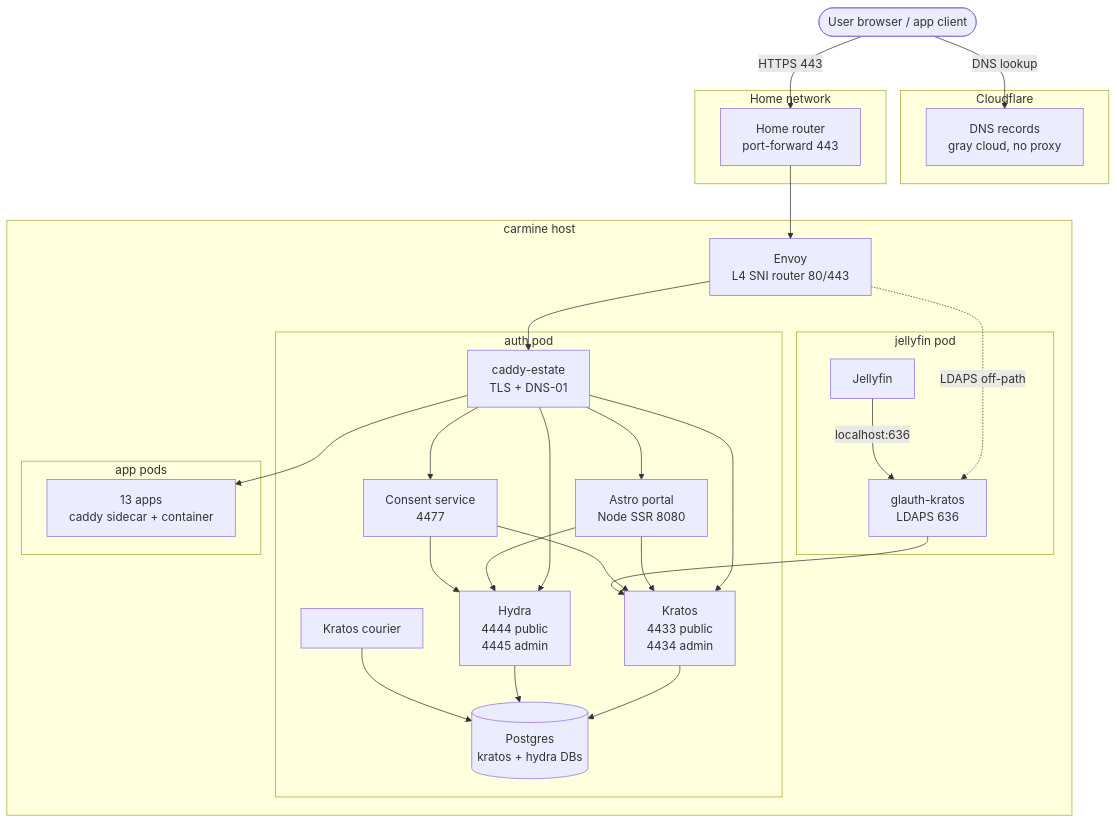
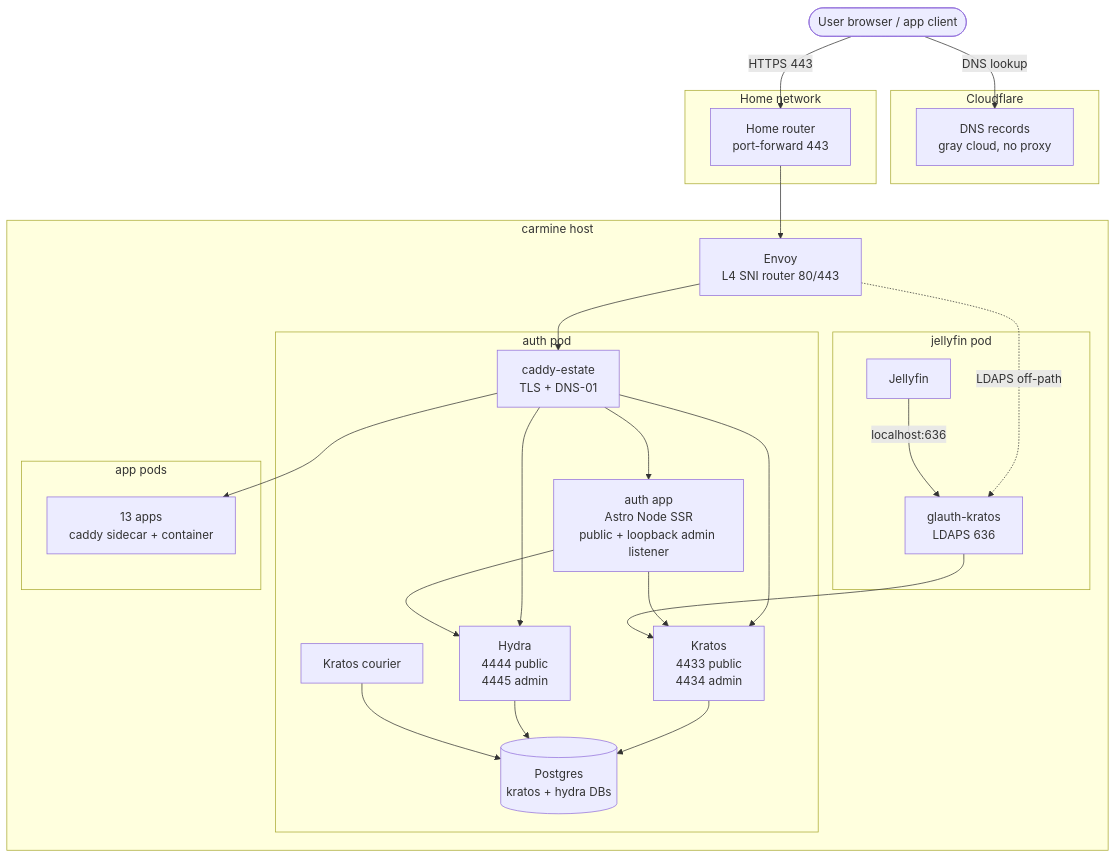
Before and after one commit to andrewdunndev/othala: the diagram in README.md, drawn with Mermaid. The commit also changed other lines of this file and 72 other files, not shown here.

````diff
--- a/README.md
+++ b/README.md
@@ -45,55 +45,51 @@
 ```mermaid
 flowchart TB
   user([User browser / app client])
 
   subgraph CF[Cloudflare]
     dns[DNS records<br/>gray cloud, no proxy]
   end
 
   subgraph Home[Home network]
     router[Home router<br/>port-forward 443]
   end
 
   subgraph Carmine[carmine host]
     envoy[Envoy<br/>L4 SNI router 80/443]
 
     subgraph AuthPod[auth pod]
       caddy[caddy-estate<br/>TLS + DNS-01]
       kratos[Kratos<br/>4433 public<br/>4434 admin]
       hydra[Hydra<br/>4444 public<br/>4445 admin]
-      consent[Consent service<br/>4477]
-      portal[Astro portal<br/>Node SSR 8080]
+      auth[auth app<br/>Astro Node SSR<br/>public + loopback admin listener]
       courier[Kratos courier]
       pg[(Postgres<br/>kratos + hydra DBs)]
     end
 
     subgraph JellyfinPod[jellyfin pod]
       bridge[glauth-kratos<br/>LDAPS 636]
       jellyfin[Jellyfin]
     end
 
     subgraph AppPods[app pods]
       apps[13 apps<br/>caddy sidecar + container]
     end
   end
 
   user -->|DNS lookup| dns
   user -->|HTTPS 443| router
   router --> envoy
   envoy --> caddy
   envoy -.LDAPS off-path.-> bridge
   caddy --> kratos
   caddy --> hydra
-  caddy --> consent
-  caddy --> portal
+  caddy --> auth
   caddy --> apps
-  portal --> kratos
-  portal --> hydra
-  consent --> hydra
-  consent --> kratos
+  auth --> kratos
+  auth --> hydra
   kratos --> pg
   hydra --> pg
   courier --> pg
   bridge --> kratos
   jellyfin -->|localhost:636| bridge
 ```
````
